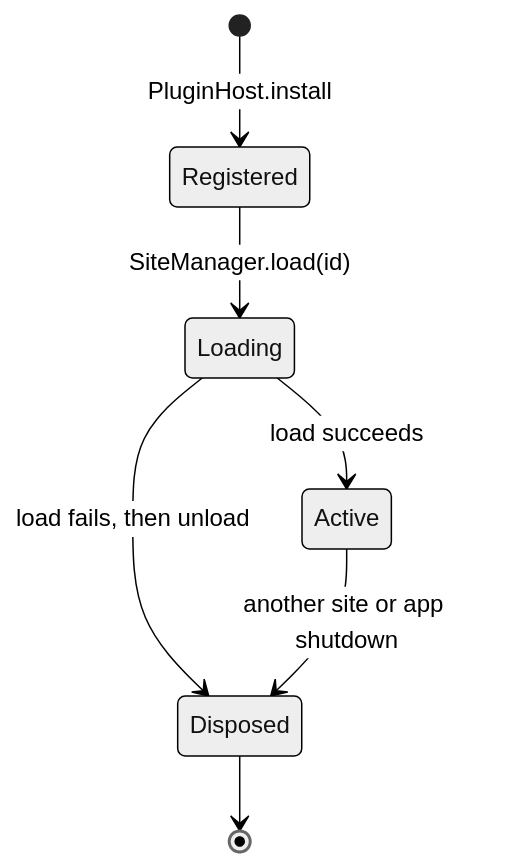
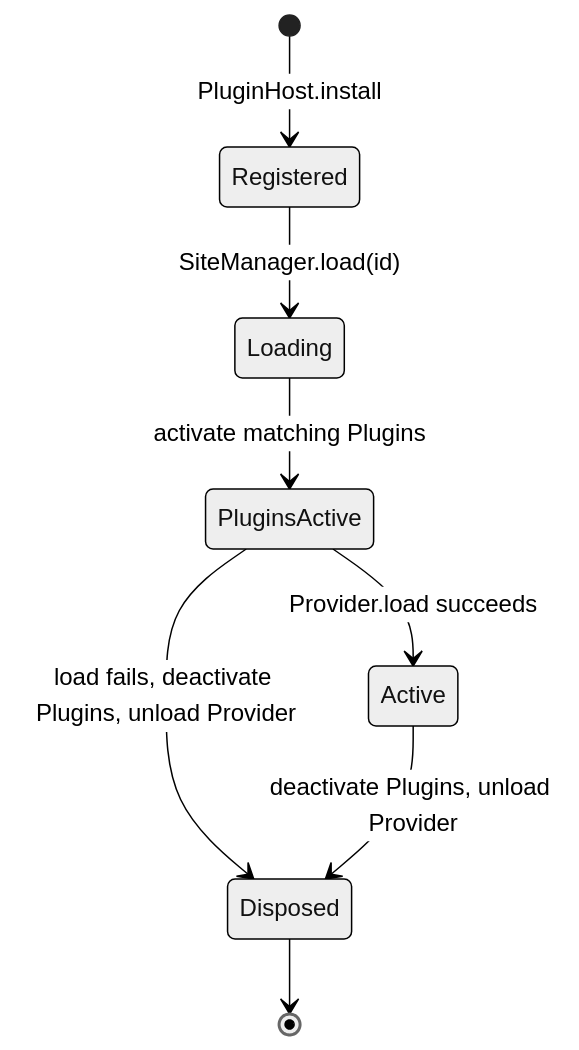
One commit to fabyday/kawaikara changed the second of 3 diagrams in docs/Developer/Architecture/Runtime.md. Above: the diagram before and after it, drawn with Mermaid (neutral theme). The commit also changed other lines of this file and 161 other files, not shown here.

````diff
--- a/docs/Developer/Architecture/Runtime.md
+++ b/docs/Developer/Architecture/Runtime.md
@@ -98,9 +117,10 @@
 ```mermaid
 stateDiagram-v2
   [*] --> Registered: PluginHost.install
   Registered --> Loading: SiteManager.load(id)
-  Loading --> Active: load succeeds
-  Loading --> Disposed: load fails, then unload
-  Active --> Disposed: another site or app shutdown
+  Loading --> PluginsActive: activate matching Plugins
+  PluginsActive --> Active: Provider.load succeeds
+  PluginsActive --> Disposed: load fails, deactivate Plugins, unload Provider
+  Active --> Disposed: deactivate Plugins, unload Provider
   Disposed --> [*]
 ```
````
